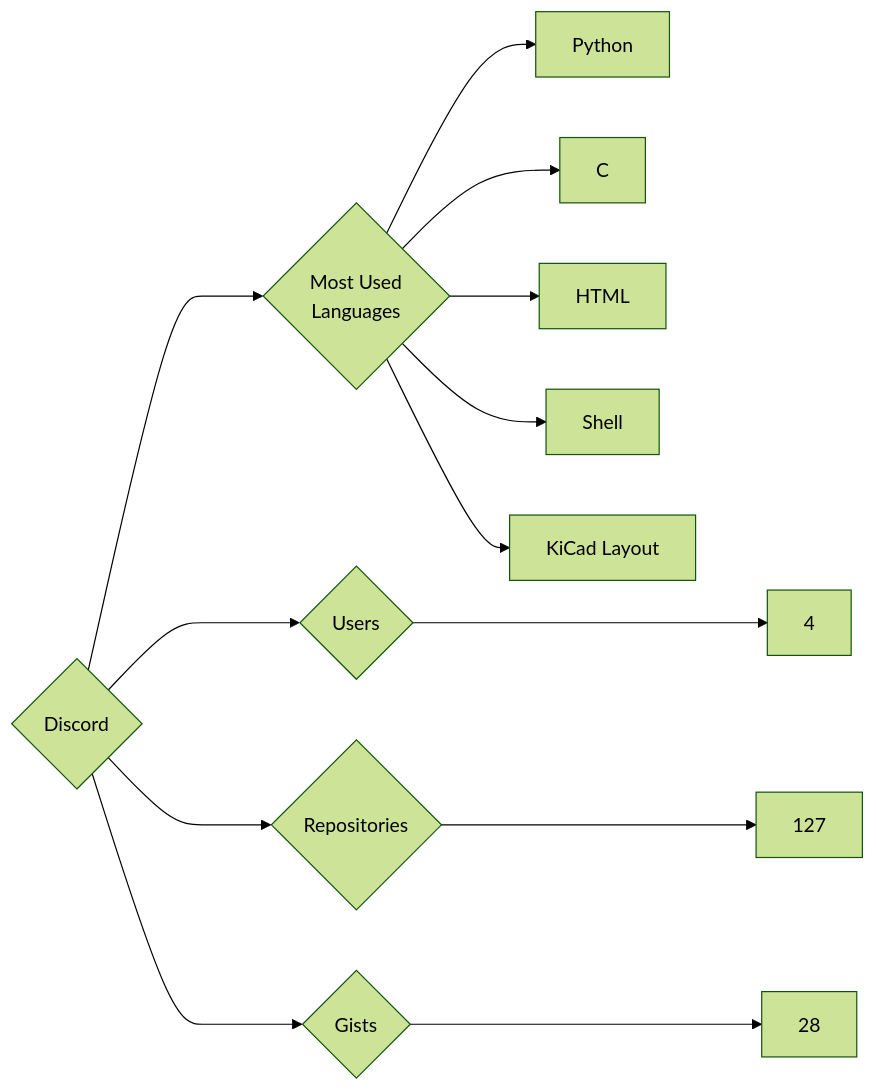
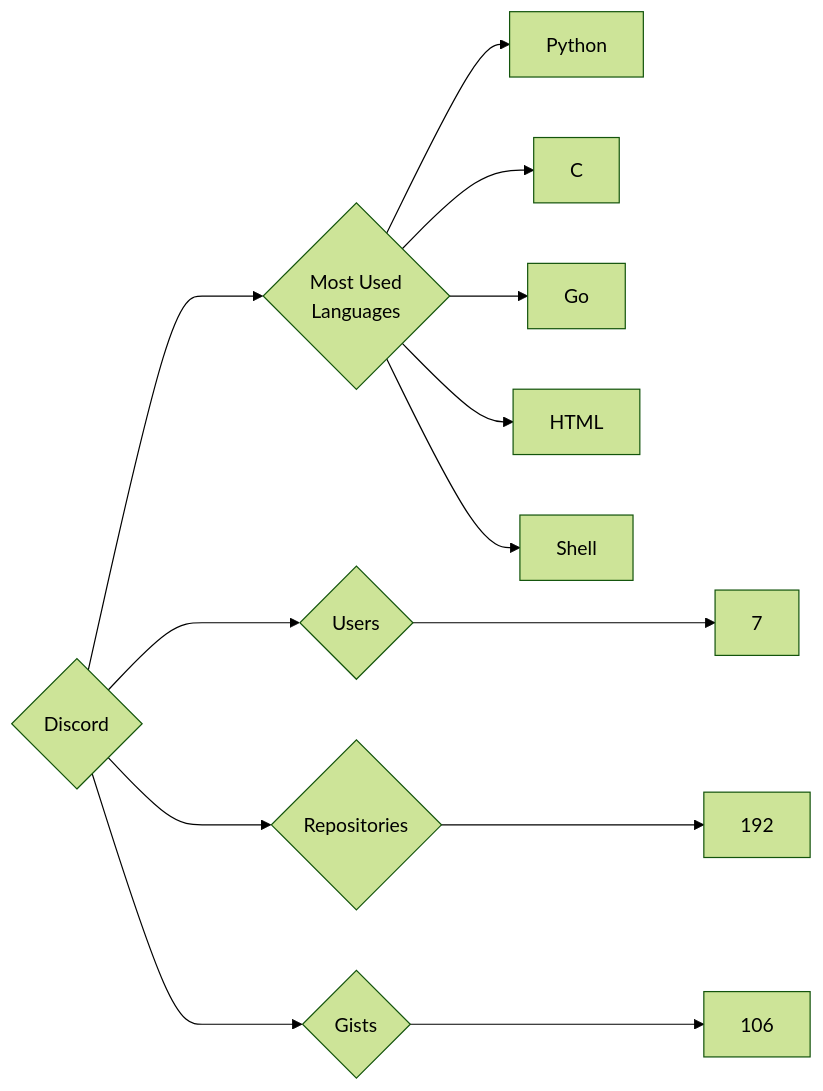
The diagram in targets/Discord/README.md (trickest/insiders), drawn with Mermaid (forest theme) before and after one commit. The commit also changed 1007 other files, not shown here.

````diff
--- a/targets/Discord/README.md
+++ b/targets/Discord/README.md
@@ -3,13 +3,13 @@
 ```mermaid
 graph LR
 COMPANY_NAME{Discord}
-COMPANY_NAME ---> U{Users} ---> UN[4]
-COMPANY_NAME ---> R{Repositories} ---> RN[127]
-COMPANY_NAME ---> G{Gists} ---> GN[28]
+COMPANY_NAME ---> U{Users} ---> UN[7]
+COMPANY_NAME ---> R{Repositories} ---> RN[192]
+COMPANY_NAME ---> G{Gists} ---> GN[106]
 COMPANY_NAME ---> ML{Most Used<br>Languages}
 ML --> Python[Python]
 ML --> C[C]
+ML --> Go[Go]
 ML --> HTML[HTML]
 ML --> Shell[Shell]
-ML --> KiCad_Layout[KiCad Layout]
 ```
````
